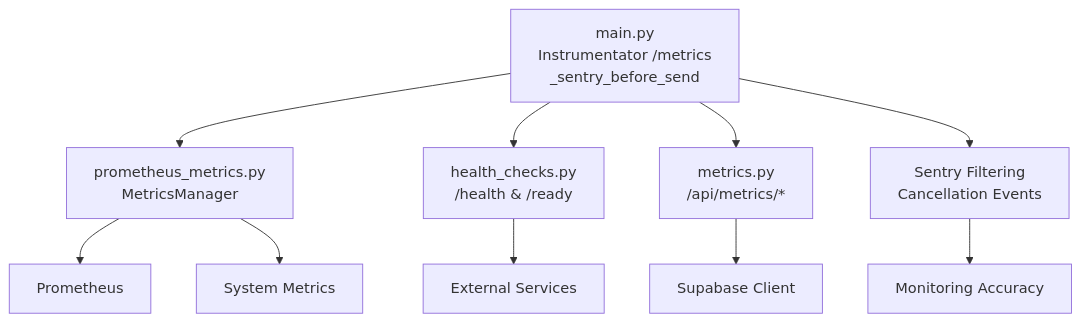
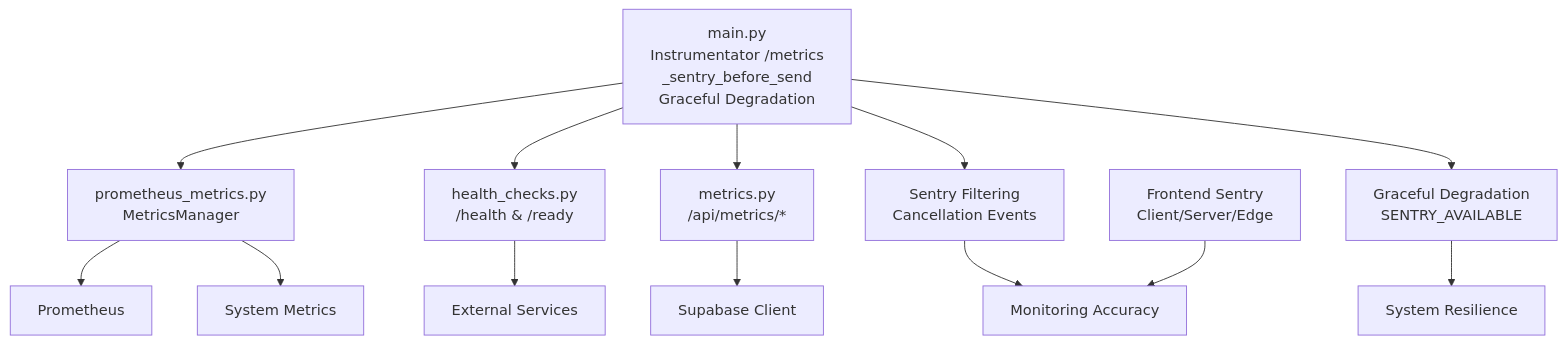
The tenth of 10 diagrams in .qoder/repowiki/en/content/Backend Development/Monitoring & Metrics.md (rohitkumarnaidu/-Auto-AI-Automated-Academic-Docx-Manuscript-Formatter), drawn with Mermaid before and after one commit. The commit also changed other lines of this file and 160 other files, not shown here.

````diff
--- a/.qoder/repowiki/en/content/Backend Development/Monitoring & Metrics.md
+++ b/.qoder/repowiki/en/content/Backend Development/Monitoring & Metrics.md
@@ -377,12 +451,15 @@
 ```mermaid
 graph TB
-M["main.py<br/>Instrumentator /metrics<br/>_sentry_before_send"] --> PMW["prometheus_metrics.py<br/>MetricsManager"]
+M["main.py<br/>Instrumentator /metrics<br/>_sentry_before_send<br/>Graceful Degradation"] --> PMW["prometheus_metrics.py<br/>MetricsManager"]
 M --> HR["health_checks.py<br/>/health & /ready"]
 M --> MR["metrics.py<br/>/api/metrics/*"]
 M --> SF["Sentry Filtering<br/>Cancellation Events"]
+M --> GD["Graceful Degradation<br/>SENTRY_AVAILABLE"]
 PMW --> PR["Prometheus"]
 MR --> DB["Supabase Client"]
 HR --> EXT["External Services"]
 PMW --> SYS["System Metrics"]
 SF --> MON["Monitoring Accuracy"]
+GD --> RES["System Resilience"]
+FC["Frontend Sentry<br/>Client/Server/Edge"] --> MON
 ```
````
